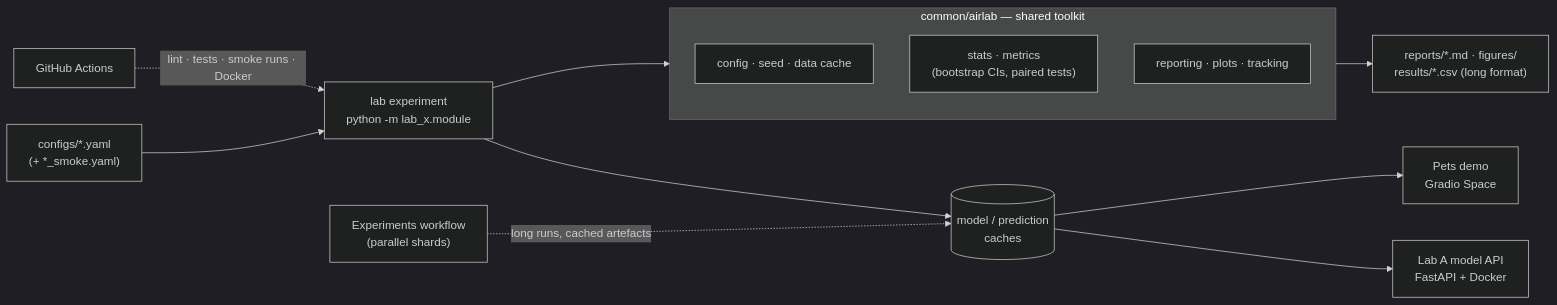
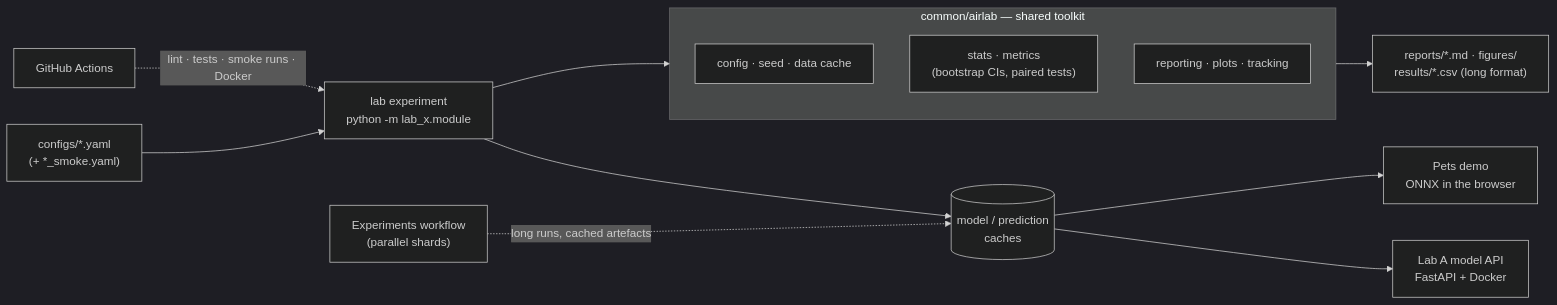
The diagram in README.md (ISch-1/ai-research-labs), drawn with Mermaid (dark theme) before and after one commit. The commit also changed other lines of this file and 11 other files, not shown here.

First line of the commit message:
feat(demo): in-browser pet-breed demo for a free static Hugging Face Space

````diff
--- a/README.md
+++ b/README.md
@@ -56,17 +61,17 @@
 ```mermaid
 flowchart LR
     cfg["configs/*.yaml<br/>(+ *_smoke.yaml)"] --> exp
     subgraph airlab["common/airlab — shared toolkit"]
         direction TB
         conf["config · seed · data cache"]
         st["stats · metrics<br/>(bootstrap CIs, paired tests)"]
         rep["reporting · plots · tracking"]
     end
     exp["lab experiment<br/>python -m lab_x.module"] --> airlab
     airlab --> out["reports/*.md · figures/<br/>results/*.csv (long format)"]
     exp --> cache[("model / prediction<br/>caches")]
     cache --> api["Lab A model API<br/>FastAPI + Docker"]
-    cache --> demo["Pets demo<br/>Gradio Space"]
+    cache --> demo["Pets demo<br/>ONNX in the browser"]
     ci["GitHub Actions"] -. "lint · tests · smoke runs · Docker" .-> exp
     gha["Experiments workflow<br/>(parallel shards)"] -. "long runs, cached artefacts" .-> cache
 ```
````
